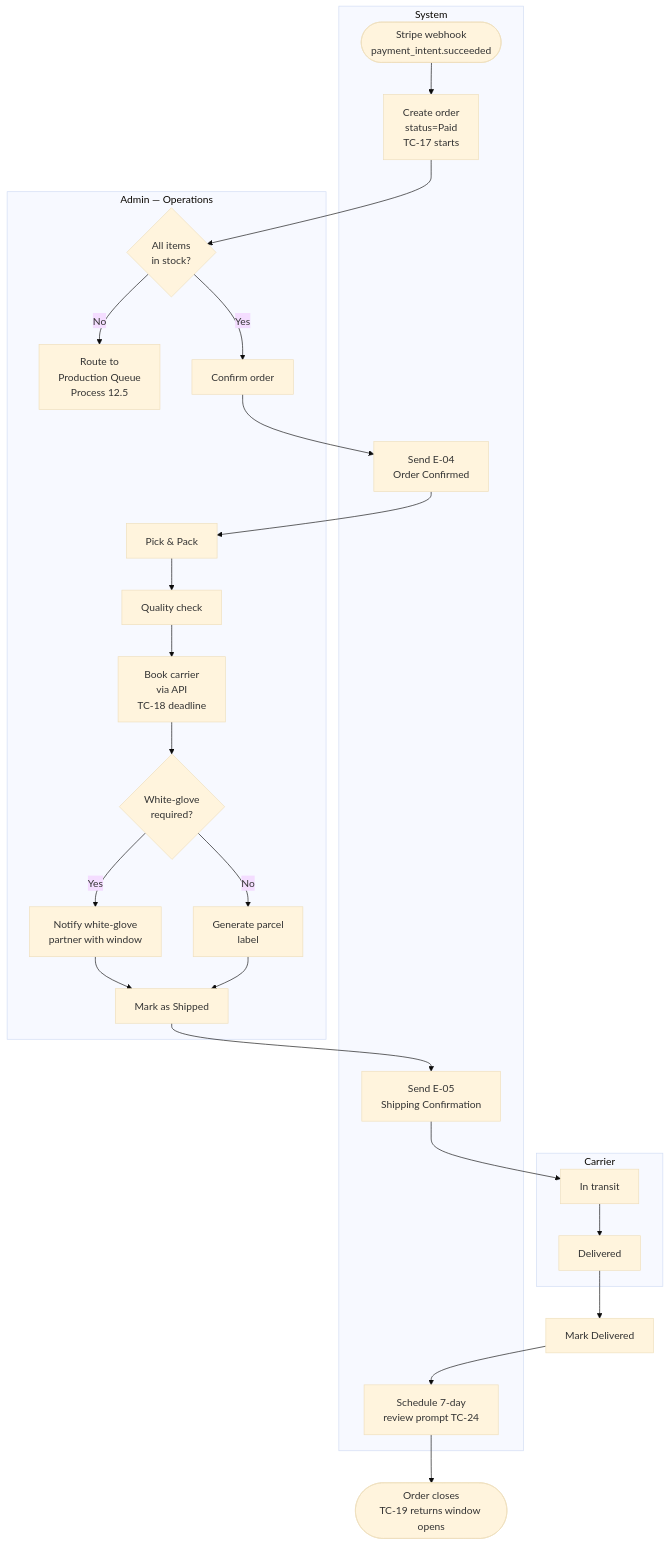
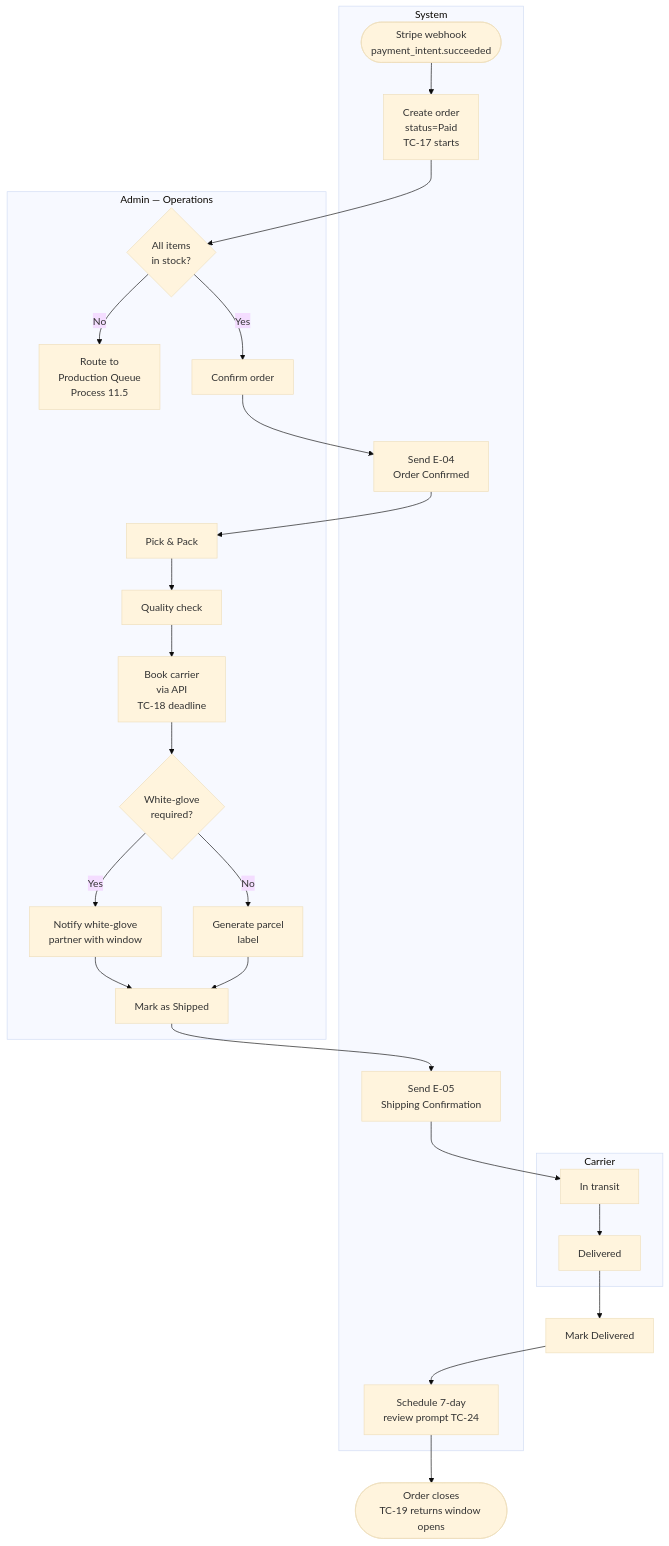
Before and after one commit to mingnguyentt012200/HomeStyle-project-demo: the fourth of 16 diagrams in HomeStyle_BRD_v4.md, drawn with Mermaid (base theme). The commit also changed other lines of this file, not shown here.

````diff
--- a/HomeStyle_BRD_v4.md
+++ b/HomeStyle_BRD_v4.md
@@ -544,31 +545,31 @@
 ```mermaid
 flowchart TD
     subgraph System
         A([Stripe webhook<br/>payment_intent.succeeded]) --> B[Create order<br/>status=Paid<br/>TC-17 starts]
         I[Send E-04<br/>Order Confirmed]
         L[Send E-05<br/>Shipping Confirmation]
         N[Schedule 7-day<br/>review prompt TC-24]
     end
     subgraph Admin_Operations[Admin — Operations]
         B --> C{All items<br/>in stock?}
-        C -- No --> D[Route to<br/>Production Queue<br/>Process 12.5]
+        C -- No --> D[Route to<br/>Production Queue<br/>Process 11.5]
         C -- Yes --> E[Confirm order]
         E --> I
         I --> F[Pick & Pack]
         F --> G[Quality check]
         G --> H[Book carrier<br/>via API<br/>TC-18 deadline]
         H --> J{White-glove<br/>required?}
         J -- Yes --> K[Notify white-glove<br/>partner with window]
         J -- No --> M[Generate parcel<br/>label]
         K --> O[Mark as Shipped]
         M --> O
         O --> L
     end
     subgraph Carrier
         L --> P[In transit]
         P --> Q[Delivered]
     end
     Q --> R[Mark Delivered]
     R --> N
     N --> Z([Order closes<br/>TC-19 returns window opens])
 ```
````
